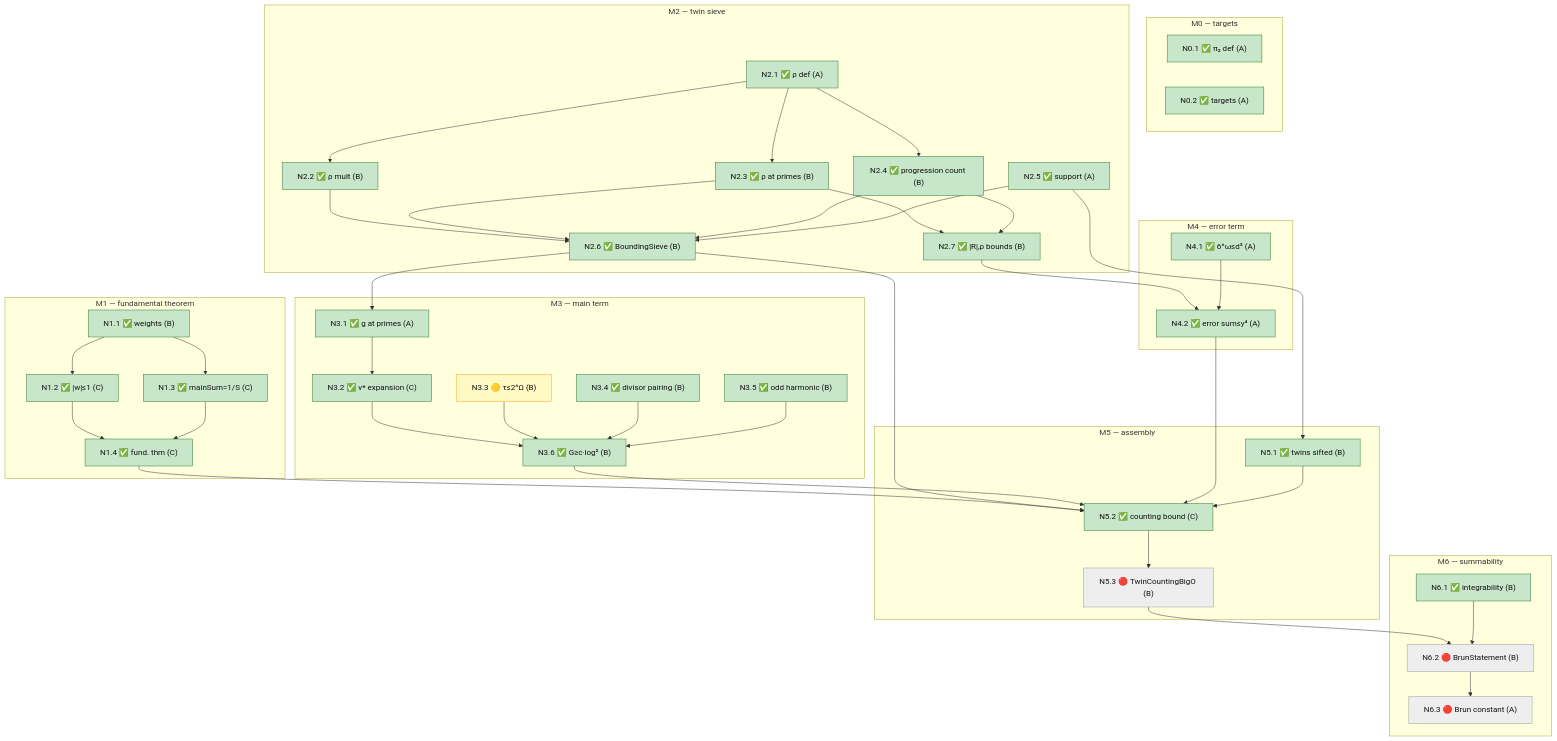
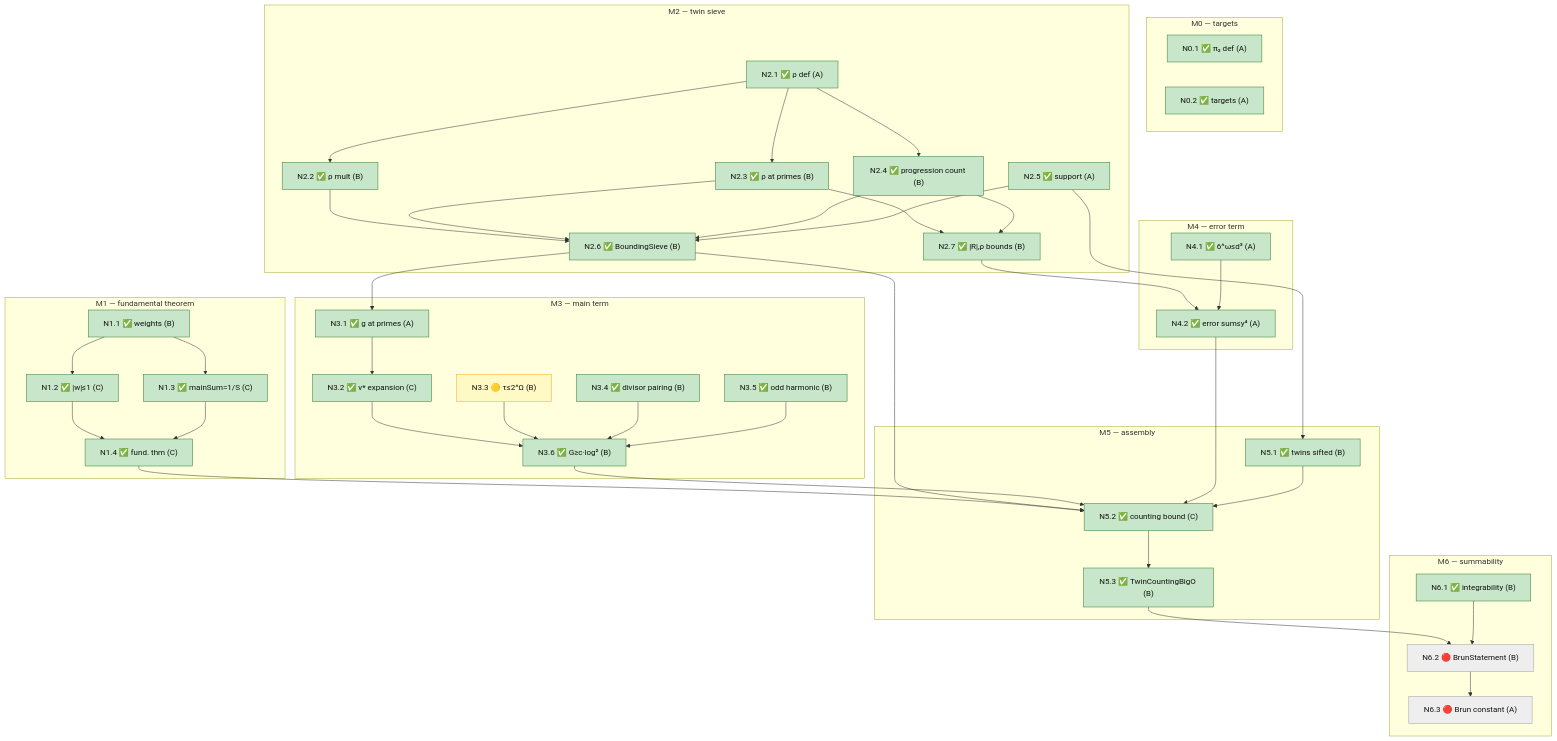
The second of 2 diagrams in docs/blueprints/brun-guide.md (jyh/salt), drawn with Mermaid before and after one commit. The commit also changed other lines of this file and 3 other files, not shown here.

````diff
--- a/docs/blueprints/brun-guide.md
+++ b/docs/blueprints/brun-guide.md
@@ -243,81 +243,81 @@
 ```mermaid
 flowchart TB
   classDef done fill:#c8e6c9,stroke:#2e7d32,color:#111
   classDef partial fill:#fff9c4,stroke:#f9a825,color:#111
   classDef open fill:#eeeeee,stroke:#9e9e9e,color:#111
   classDef keystone fill:#eeeeee,stroke:#c62828,stroke-width:3px,color:#111
 
   subgraph SM0["M0 — targets"]
     N0_1["N0.1 ✅ π₂ def (A)"]:::done
     N0_2["N0.2 ✅ targets (A)"]:::done
   end
   subgraph SM1["M1 — fundamental theorem"]
     N1_1["N1.1 ✅ weights (B)"]:::done
     N1_2["N1.2 ✅ |w|≤1 (C)"]:::done
     N1_3["N1.3 ✅ mainSum=1/S (C)"]:::done
     N1_4["N1.4 ✅ fund. thm (C)"]:::done
   end
   subgraph SM2["M2 — twin sieve"]
     N2_1["N2.1 ✅ ρ def (A)"]:::done
     N2_2["N2.2 ✅ ρ mult (B)"]:::done
     N2_3["N2.3 ✅ ρ at primes (B)"]:::done
     N2_4["N2.4 ✅ progression count (B)"]:::done
     N2_5["N2.5 ✅ support (A)"]:::done
     N2_6["N2.6 ✅ BoundingSieve (B)"]:::done
     N2_7["N2.7 ✅ |R|,ρ bounds (B)"]:::done
   end
   subgraph SM3["M3 — main term"]
     N3_1["N3.1 ✅ g at primes (A)"]:::done
     N3_2["N3.2 ✅ ν* expansion (C)"]:::done
     N3_3["N3.3 🟡 τ≤2^Ω (B)"]:::partial
     N3_4["N3.4 ✅ divisor pairing (B)"]:::done
     N3_5["N3.5 ✅ odd harmonic (B)"]:::done
     N3_6["N3.6 ✅ G≥c·log² (B)"]:::done
   end
   subgraph SM4["M4 — error term"]
     N4_1["N4.1 ✅ 6^ω≤d³ (A)"]:::done
     N4_2["N4.2 ✅ error sum≤y⁴ (A)"]:::done
   end
   subgraph SM5["M5 — assembly"]
     N5_1["N5.1 ✅ twins sifted (B)"]:::done
     N5_2["N5.2 ✅ counting bound (C)"]:::done
-    N5_3["N5.3 🔴 TwinCountingBigO (B)"]:::open
+    N5_3["N5.3 ✅ TwinCountingBigO (B)"]:::done
   end
   subgraph SM6["M6 — summability"]
     N6_1["N6.1 ✅ integrability (B)"]:::done
     N6_2["N6.2 🔴 BrunStatement (B)"]:::open
     N6_3["N6.3 🔴 Brun constant (A)"]:::open
   end
 
   N1_1 --> N1_2
   N1_1 --> N1_3
   N1_2 --> N1_4
   N1_3 --> N1_4
   N2_1 --> N2_2
   N2_1 --> N2_3
   N2_1 --> N2_4
   N2_2 --> N2_6
   N2_3 --> N2_6
   N2_4 --> N2_6
   N2_5 --> N2_6
   N2_3 --> N2_7
   N2_4 --> N2_7
   N2_6 --> N3_1
   N3_1 --> N3_2
   N3_2 --> N3_6
   N3_3 --> N3_6
   N3_4 --> N3_6
   N3_5 --> N3_6
   N2_7 --> N4_2
   N4_1 --> N4_2
   N2_5 --> N5_1
   N1_4 --> N5_2
   N2_6 --> N5_2
   N3_6 --> N5_2
   N4_2 --> N5_2
   N5_1 --> N5_2
   N5_2 --> N5_3
   N5_3 --> N6_2
   N6_1 --> N6_2
   N6_2 --> N6_3
 ```
````
